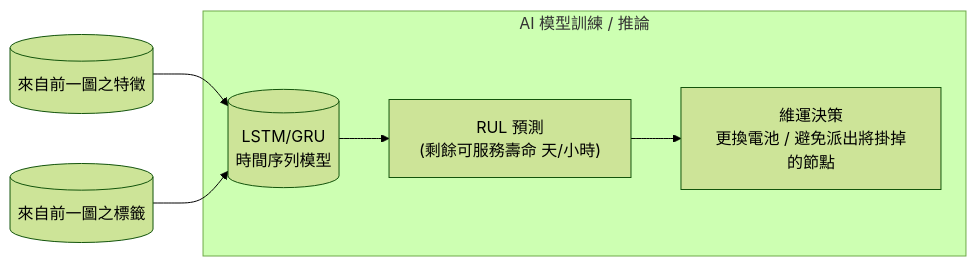
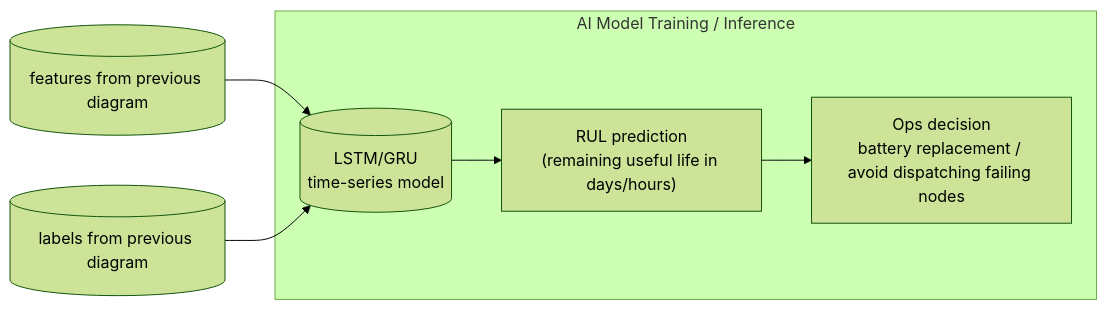
The fourth of 10 diagrams in proposal/ItracXing-Arviem-Taiwan-MOEA-Subsidy-Application.md (jshuo/ai-moea-proposal), drawn with Mermaid (forest theme) before and after one commit. The commit also changed other lines of this file and 1 other file, not shown here.

Commit message:
Refactor diagrams and text for clarity and consistency in the AI Application Acceleration Program proposal

````diff
--- a/proposal/ItracXing-Arviem-Taiwan-MOEA-Subsidy-Application.md
+++ b/proposal/ItracXing-Arviem-Taiwan-MOEA-Subsidy-Application.md
@@ -725,13 +725,13 @@
 ```mermaid
 flowchart LR
-  subgraph Model ["AI 模型訓練 / 推論"]
-    LSTM[("LSTM/GRU<br/>時間序列模型")]
-    PRED["RUL 預測<br/>(剩餘可服務壽命 天/小時)"]
-    ALERT["維運決策<br/>更換電池 / 避免派出將掛掉的節點"]
+  subgraph Model ["AI Model Training / Inference"]
+    LSTM[("LSTM/GRU<br/>time-series model")]
+    PRED["RUL prediction<br/>(remaining useful life in days/hours)"]
+    ALERT["Ops decision<br/>battery replacement / avoid dispatching failing nodes"]
   end
 
-  LSTM_INPUT[(來自前一圖之特徵)] --> LSTM
-  LSTM_LABEL[(來自前一圖之標籤)] --> LSTM
+  LSTM_INPUT[(features from previous diagram)] --> LSTM
+  LSTM_LABEL[(labels from previous diagram)] --> LSTM
   LSTM --> PRED
   PRED --> ALERT
 ```
````
